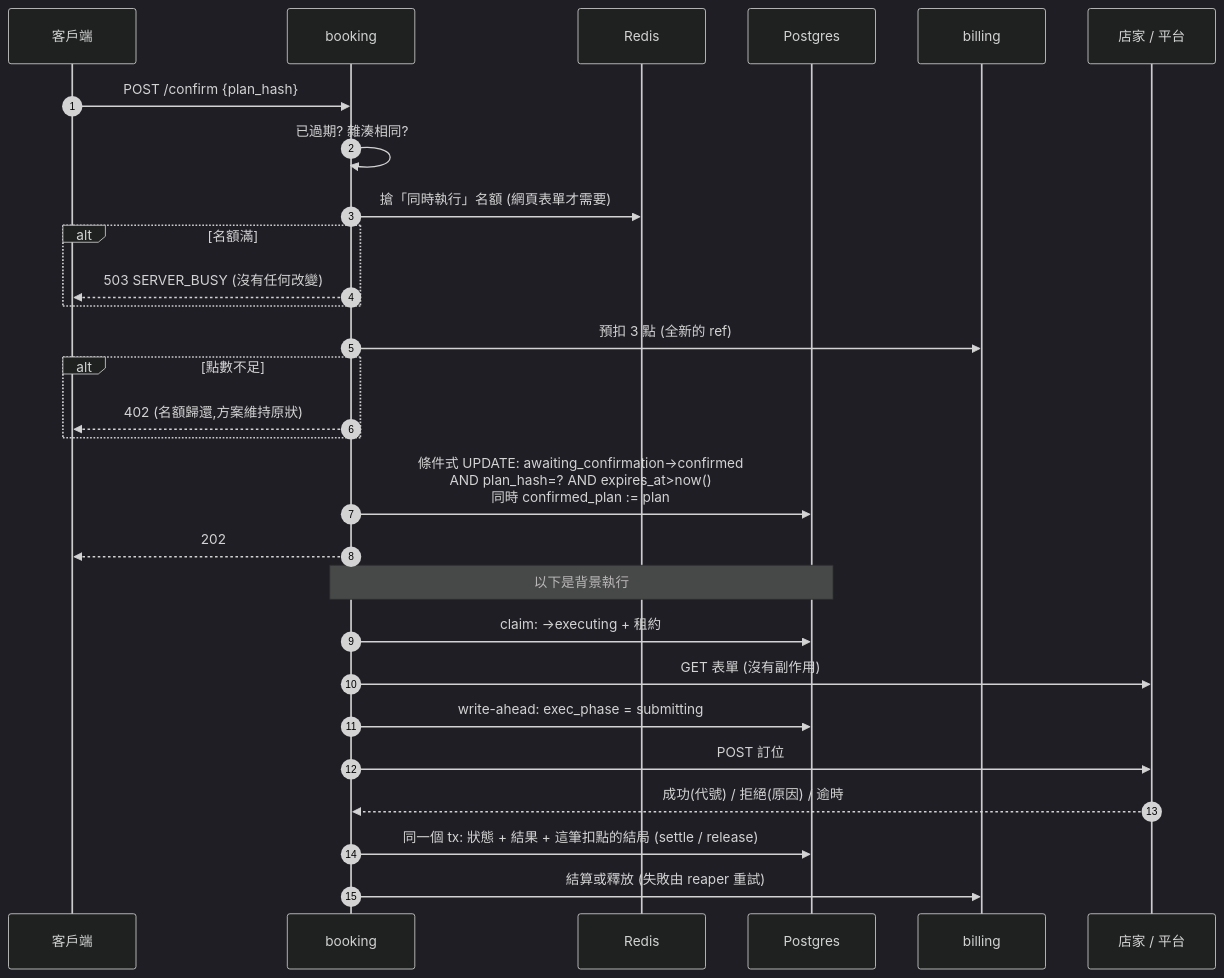
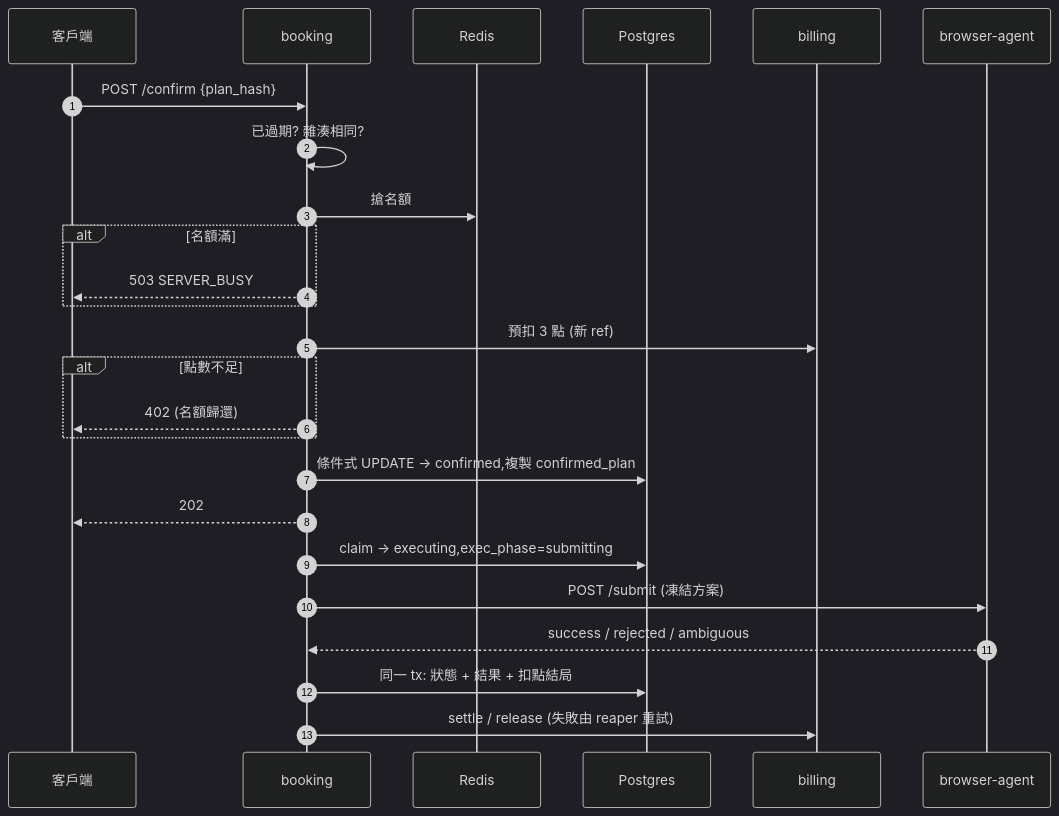
The second of 2 diagrams in docs/booking/DECISIONS.md (MTsung/heph-ai-homework), drawn with Mermaid (dark theme) before and after one commit. The commit also changed other lines of this file and 181 other files, not shown here.

````diff
--- a/docs/booking/DECISIONS.md
+++ b/docs/booking/DECISIONS.md
@@ -73,31 +46,28 @@
 ```mermaid
 sequenceDiagram
   autonumber
   participant C as 客戶端
   participant B as booking
   participant R as Redis
   participant P as Postgres
   participant BL as billing
-  participant S as 店家 / 平台
+  participant A as browser-agent
 
   C->>B: POST /confirm {plan_hash}
   B->>B: 已過期? 雜湊相同?
-  B->>R: 搶「同時執行」名額 (網頁表單才需要)
+  B->>R: 搶名額
   alt 名額滿
-    B-->>C: 503 SERVER_BUSY (沒有任何改變)
+    B-->>C: 503 SERVER_BUSY
   end
-  B->>BL: 預扣 3 點 (全新的 ref)
+  B->>BL: 預扣 3 點 (新 ref)
   alt 點數不足
-    B-->>C: 402 (名額歸還,方案維持原狀)
+    B-->>C: 402 (名額歸還)
   end
-  B->>P: 條件式 UPDATE: awaiting_confirmation→confirmed<br/>AND plan_hash=? AND expires_at>now()<br/>同時 confirmed_plan := plan
+  B->>P: 條件式 UPDATE → confirmed,複製 confirmed_plan
   B-->>C: 202
-  Note over B,P: 以下是背景執行
-  B->>P: claim: →executing + 租約
-  B->>S: GET 表單 (沒有副作用)
-  B->>P: write-ahead: exec_phase = submitting
-  B->>S: POST 訂位
-  S-->>B: 成功(代號) / 拒絕(原因) / 逾時
-  B->>P: 同一個 tx: 狀態 + 結果 + 這筆扣點的結局 (settle / release)
-  B->>BL: 結算或釋放 (失敗由 reaper 重試)
+  B->>P: claim → executing,exec_phase=submitting
+  B->>A: POST /submit (凍結方案)
+  A-->>B: success / rejected / ambiguous
+  B->>P: 同一 tx: 狀態 + 結果 + 扣點結局
+  B->>BL: settle / release (失敗由 reaper 重試)
 ```
````
